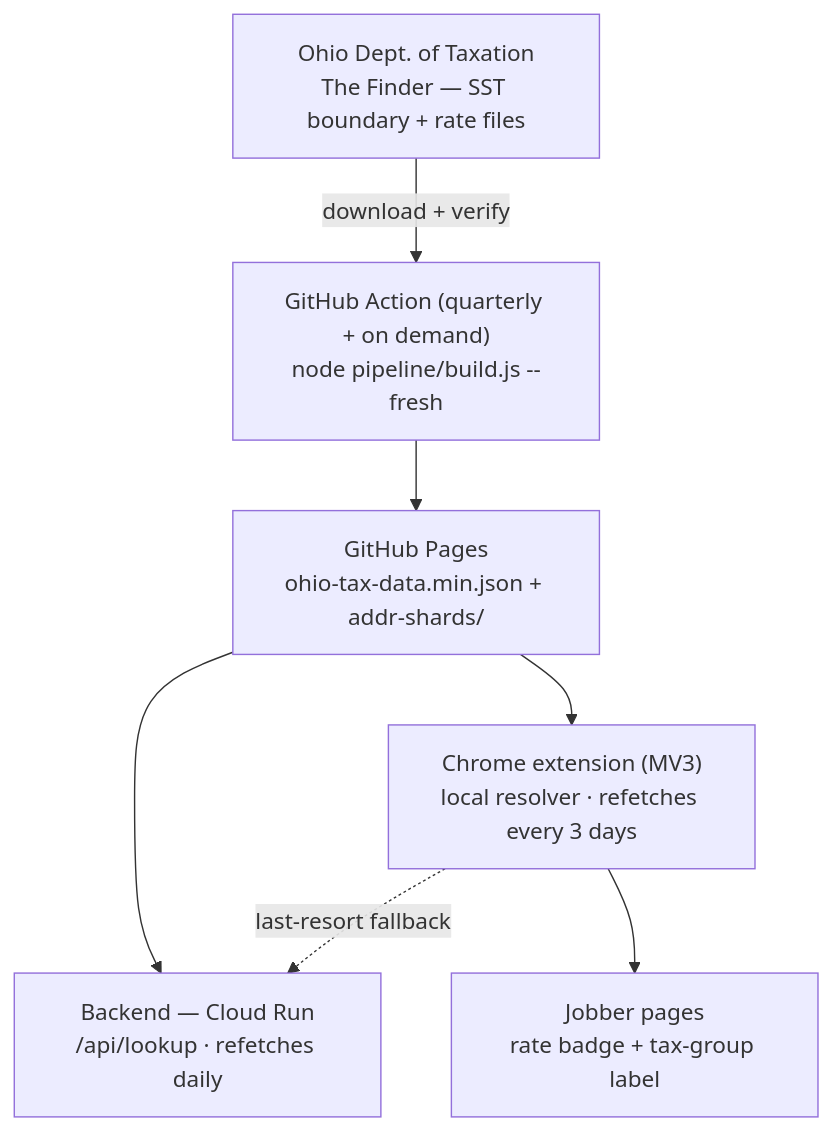
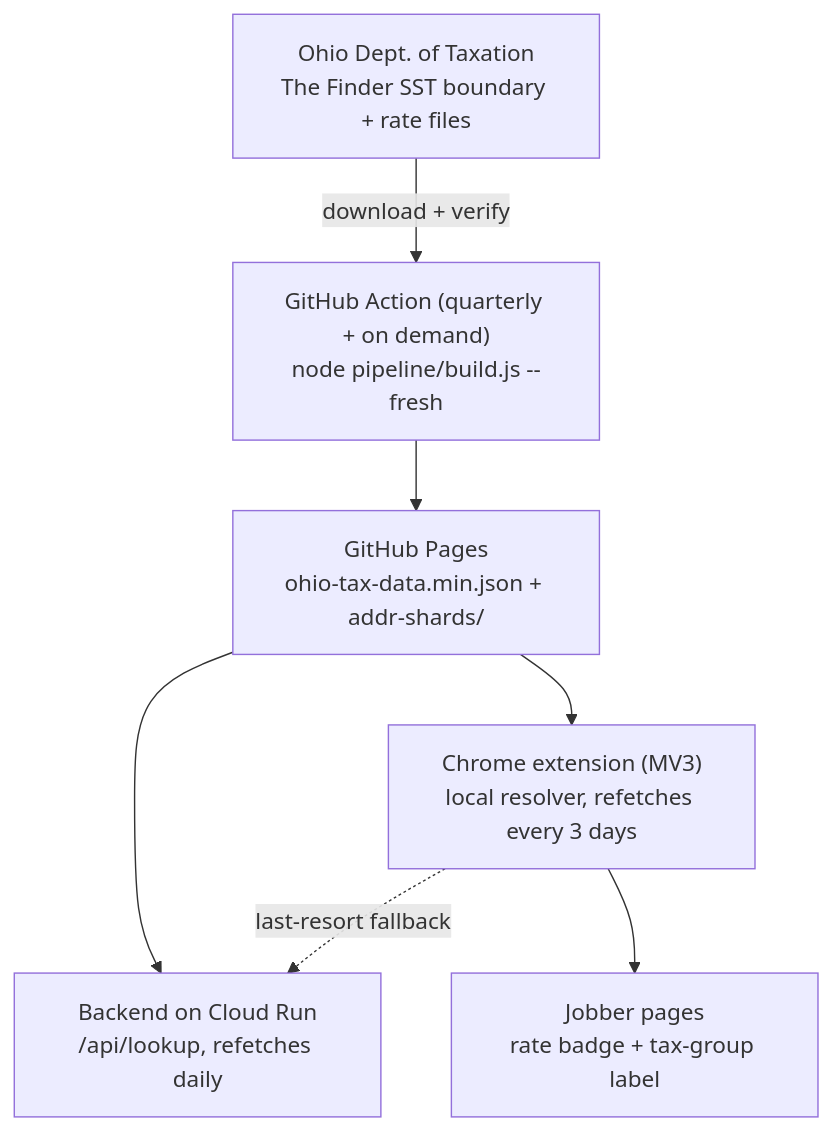
One commit to jefe2332/steambrite-tax changed the diagram in README.md. Above: the diagram before and after it, drawn with Mermaid. The commit also changed other lines of this file and 8 other files, not shown here.

````diff
--- a/README.md
+++ b/README.md
@@ -34,15 +34,15 @@
 ```mermaid
 flowchart TD
-    ODT["Ohio Dept. of Taxation<br/>The Finder — SST boundary + rate files"]
+    ODT["Ohio Dept. of Taxation<br/>The Finder SST boundary + rate files"]
     GHA["GitHub Action (quarterly + on demand)<br/>node pipeline/build.js --fresh"]
     Pages["GitHub Pages<br/>ohio-tax-data.min.json + addr-shards/"]
-    BE["Backend — Cloud Run<br/>/api/lookup · refetches daily"]
-    EXT["Chrome extension (MV3)<br/>local resolver · refetches every 3 days"]
+    BE["Backend on Cloud Run<br/>/api/lookup, refetches daily"]
+    EXT["Chrome extension (MV3)<br/>local resolver, refetches every 3 days"]
     Jobber["Jobber pages<br/>rate badge + tax-group label"]
 
     ODT -->|download + verify| GHA --> Pages
     Pages --> BE
     Pages --> EXT
     EXT --> Jobber
     EXT -.->|last-resort fallback| BE
 ```
````
